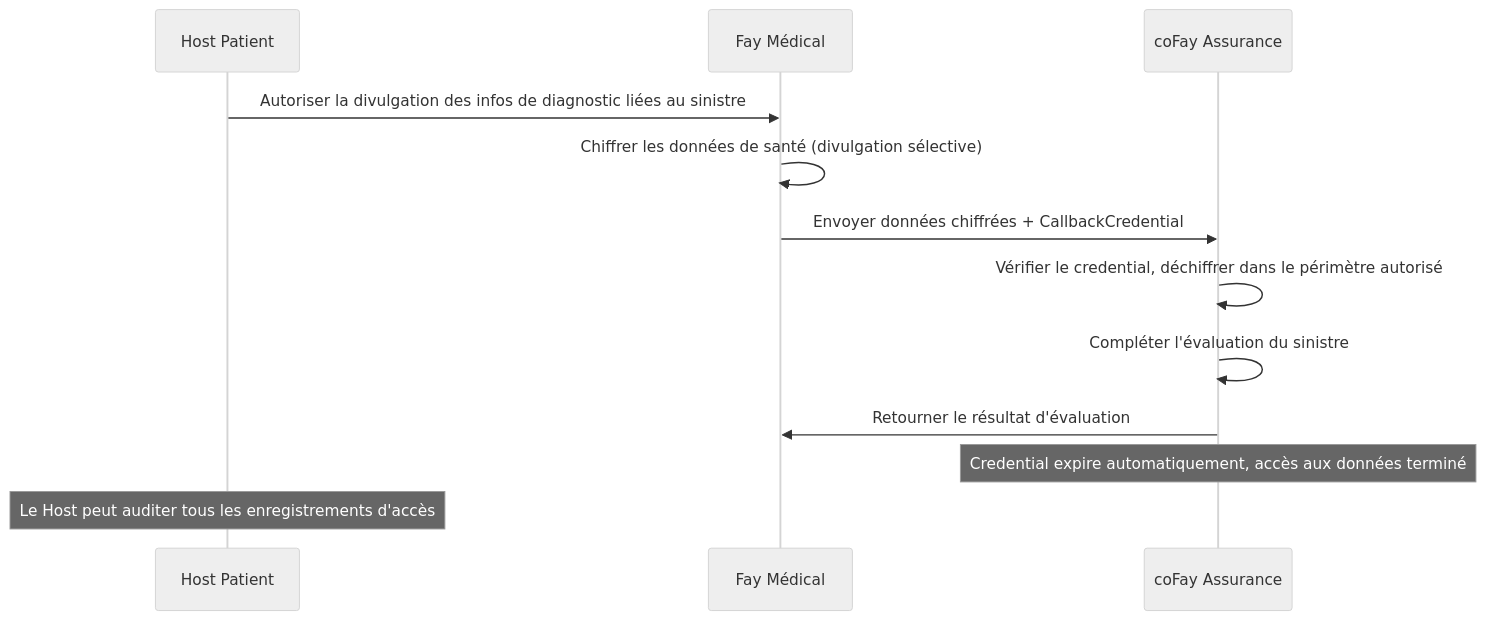
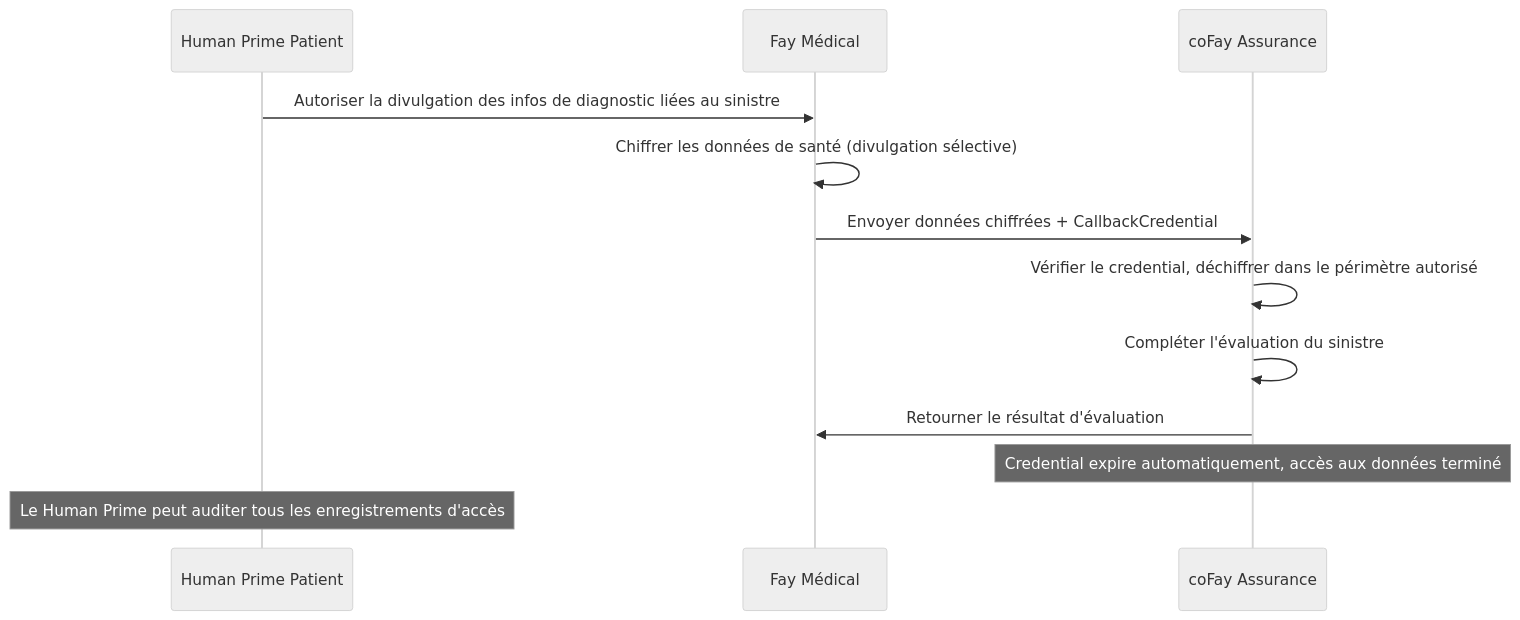
One commit to ChainModePilot/Telepathy-Protocol changed the first of 5 diagrams in docs/fr/blueprint/4-scenarios-application.md. Above: the diagram before and after it, drawn with Mermaid (neutral theme). The commit also changed other lines of this file and 68 other files, not shown here.

First line of the commit message:
Use 'Human Prime' instead of 'Host' in blueprints

````diff
--- a/docs/fr/blueprint/4-scenarios-application.md
+++ b/docs/fr/blueprint/4-scenarios-application.md
@@ -19,15 +19,15 @@
 ```mermaid
 sequenceDiagram
-    participant H as Host Patient
+    participant H as Human Prime Patient
     participant MF as Fay Médical
     participant IF as coFay Assurance
 
     H->>MF: Autoriser la divulgation des infos de diagnostic liées au sinistre
     MF->>MF: Chiffrer les données de santé (divulgation sélective)
     MF->>IF: Envoyer données chiffrées + CallbackCredential
     IF->>IF: Vérifier le credential, déchiffrer dans le périmètre autorisé
     IF->>IF: Compléter l'évaluation du sinistre
     IF->>MF: Retourner le résultat d'évaluation
     Note over IF: Credential expire automatiquement, accès aux données terminé
-    Note over H: Le Host peut auditer tous les enregistrements d'accès
+    Note over H: Le Human Prime peut auditer tous les enregistrements d'accès
 ```
````
